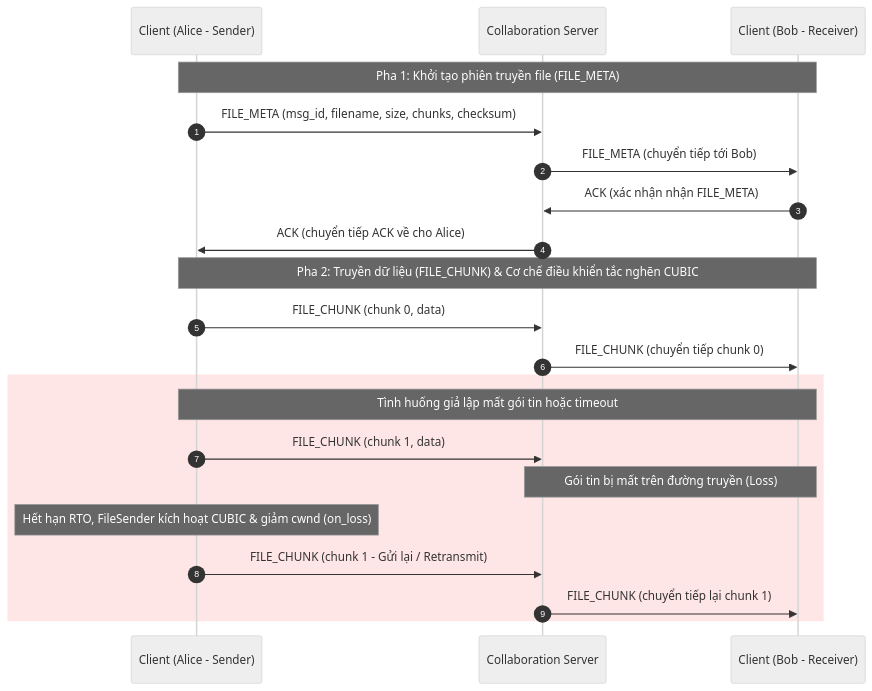
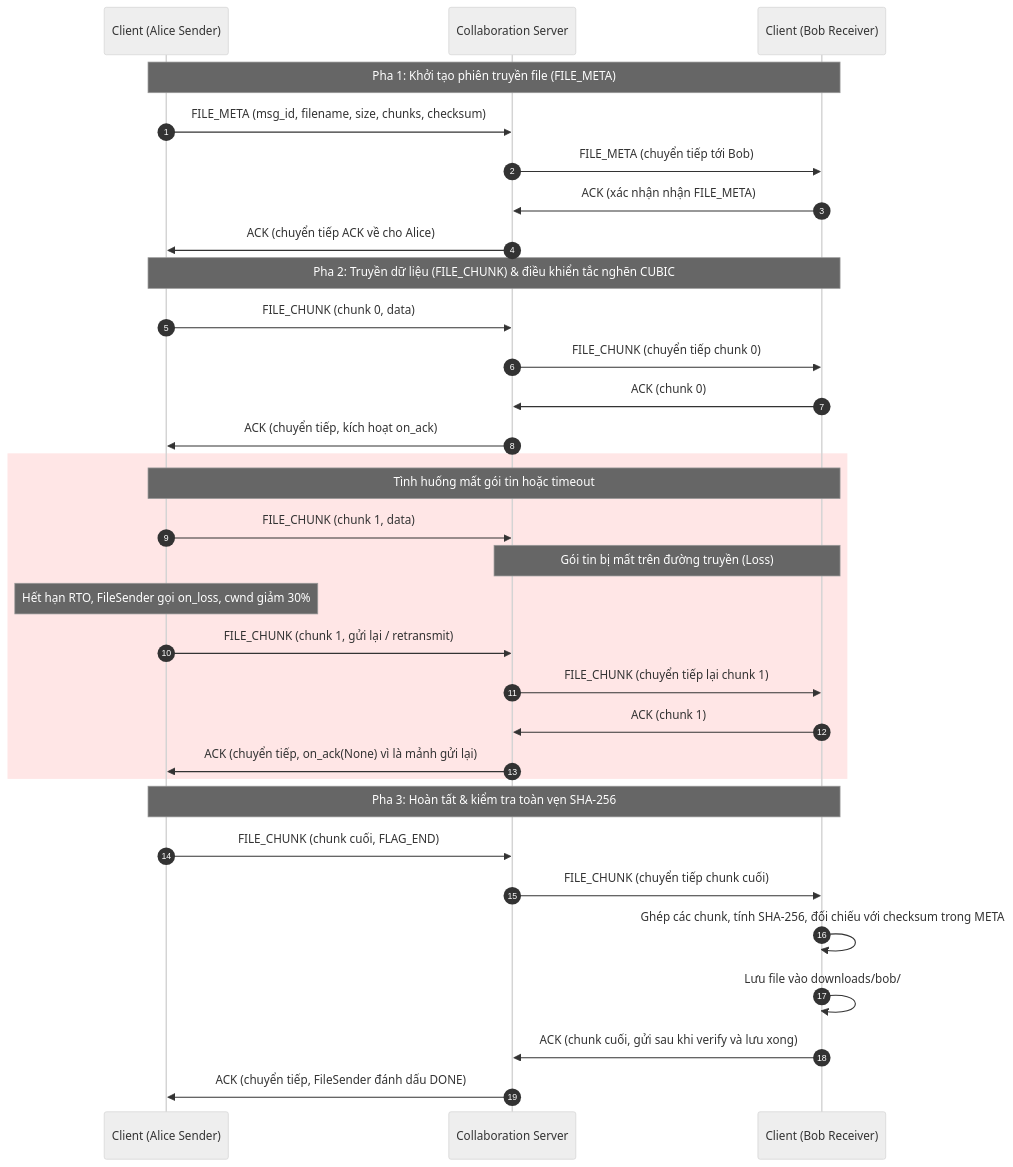
One commit to Smokiestfox/networking-app-assignment changed the ninth of 9 diagrams in docs/protocol.md. Above: the diagram before and after it, drawn with Mermaid (neutral theme). The commit also changed other lines of this file and 10 other files, not shown here.

````diff
--- a/docs/protocol.md
+++ b/docs/protocol.md
@@ -551,26 +563,38 @@
 ```mermaid
 sequenceDiagram
     autonumber
-    participant Alice as Client (Alice - Sender)
+    participant Alice as Client (Alice Sender)
     participant Server as Collaboration Server
-    participant Bob as Client (Bob - Receiver)
+    participant Bob as Client (Bob Receiver)
 
     Note over Alice, Bob: Pha 1: Khởi tạo phiên truyền file (FILE_META)
     Alice->>Server: FILE_META (msg_id, filename, size, chunks, checksum)
     Server->>Bob: FILE_META (chuyển tiếp tới Bob)
     Bob->>Server: ACK (xác nhận nhận FILE_META)
     Server->>Alice: ACK (chuyển tiếp ACK về cho Alice)
 
-    Note over Alice, Bob: Pha 2: Truyền dữ liệu (FILE_CHUNK) & Cơ chế điều khiển tắc nghẽn CUBIC
+    Note over Alice, Bob: Pha 2: Truyền dữ liệu (FILE_CHUNK) & điều khiển tắc nghẽn CUBIC
     Alice->>Server: FILE_CHUNK (chunk 0, data)
     Server->>Bob: FILE_CHUNK (chuyển tiếp chunk 0)
-    
+    Bob->>Server: ACK (chunk 0)
+    Server->>Alice: ACK (chuyển tiếp, kích hoạt on_ack)
+
     rect rgb(255, 230, 230)
-        Note over Alice, Bob: Tình huống giả lập mất gói tin hoặc timeout
+        Note over Alice, Bob: Tình huống mất gói tin hoặc timeout
         Alice->>Server: FILE_CHUNK (chunk 1, data)
         Note over Server, Bob: Gói tin bị mất trên đường truyền (Loss)
-        Note over Alice: Hết hạn RTO, FileSender kích hoạt CUBIC & giảm cwnd (on_loss)
-        Alice->>Server: FILE_CHUNK (chunk 1 - Gửi lại / Retransmit)
+        Note over Alice: Hết hạn RTO, FileSender gọi on_loss, cwnd giảm 30%
+        Alice->>Server: FILE_CHUNK (chunk 1, gửi lại / retransmit)
         Server->>Bob: FILE_CHUNK (chuyển tiếp lại chunk 1)
+        Bob->>Server: ACK (chunk 1)
+        Server->>Alice: ACK (chuyển tiếp, on_ack(None) vì là mảnh gửi lại)
     end
+
+    Note over Alice, Bob: Pha 3: Hoàn tất & kiểm tra toàn vẹn SHA-256
+    Alice->>Server: FILE_CHUNK (chunk cuối, FLAG_END)
+    Server->>Bob: FILE_CHUNK (chuyển tiếp chunk cuối)
+    Bob->>Bob: Ghép các chunk, tính SHA-256, đối chiếu với checksum trong META
+    Bob->>Bob: Lưu file vào downloads/bob/
+    Bob->>Server: ACK (chunk cuối, gửi sau khi verify và lưu xong)
+    Server->>Alice: ACK (chuyển tiếp, FileSender đánh dấu DONE)
 ```
````
